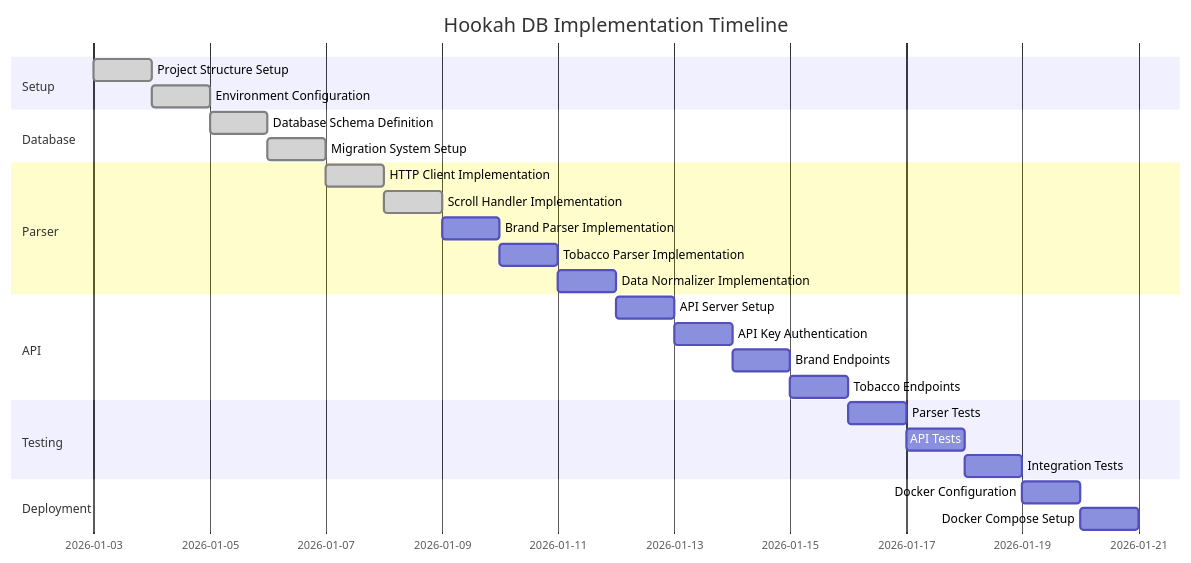
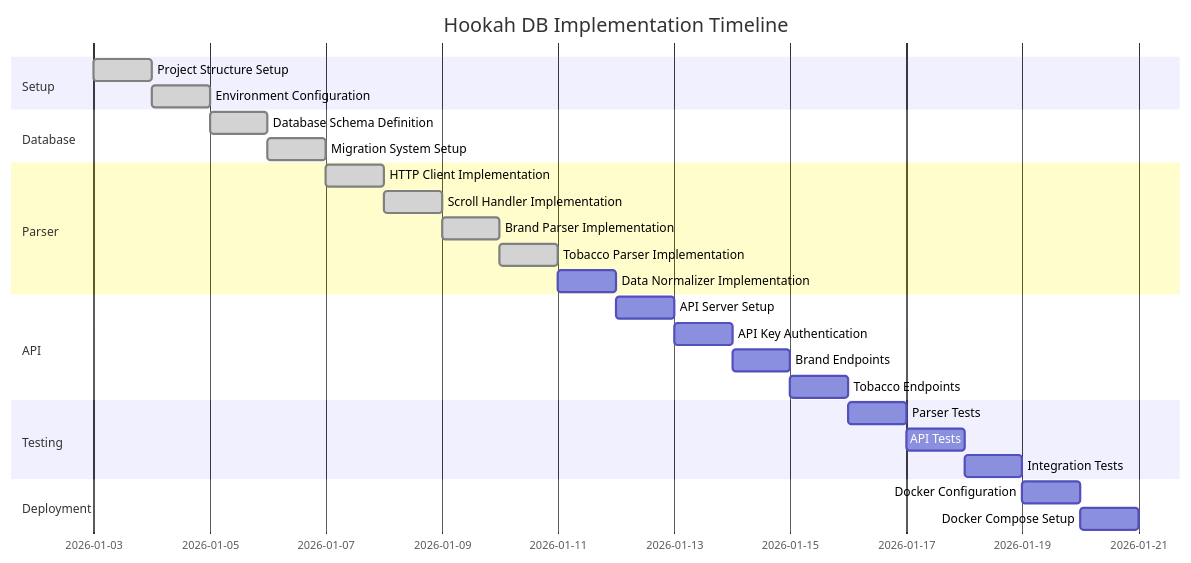
The diagram in docs/implementation.md (Zenderg/hookah-db), drawn with Mermaid before and after one commit. The commit also changed other lines of this file and 3 other files, not shown here.

````diff
--- a/docs/implementation.md
+++ b/docs/implementation.md
@@ -9,29 +9,29 @@
 ```mermaid
 gantt
     title Hookah DB Implementation Timeline
     dateFormat  YYYY-MM-DD
     section Setup
     Project Structure Setup           :done,   setup, 2026-01-03, 1d
     Environment Configuration        :done,   env, 2026-01-04, 1d
     section Database
     Database Schema Definition        :done,   db, 2026-01-05, 1d
     Migration System Setup           :done,   db, 2026-01-06, 1d
     section Parser
     HTTP Client Implementation      :done,   parser, 2026-01-07, 1d
     Scroll Handler Implementation   :done,   parser, 2026-01-08, 1d
-    Brand Parser Implementation     :parser,  2026-01-09, 1d
-    Tobacco Parser Implementation   :parser,  2026-01-10, 1d
+    Brand Parser Implementation     :done,   parser, 2026-01-09, 1d
+    Tobacco Parser Implementation   :done,   parser, 2026-01-10, 1d
     Data Normalizer Implementation :parser,  2026-01-11, 1d
     section API
     API Server Setup               :api,     2026-01-12, 1d
     API Key Authentication         :api,     2026-01-13, 1d
     Brand Endpoints               :api,     2026-01-14, 1d
     Tobacco Endpoints             :api,     2026-01-15, 1d
     section Testing
     Parser Tests                  :test,    2026-01-16, 1d
     API Tests                    :test,    2026-01-17, 1d
     Integration Tests             :test,    2026-01-18, 1d
     section Deployment
     Docker Configuration          :deploy,   2026-01-19, 1d
     Docker Compose Setup          :deploy,   2026-01-20, 1d
 ```
````
